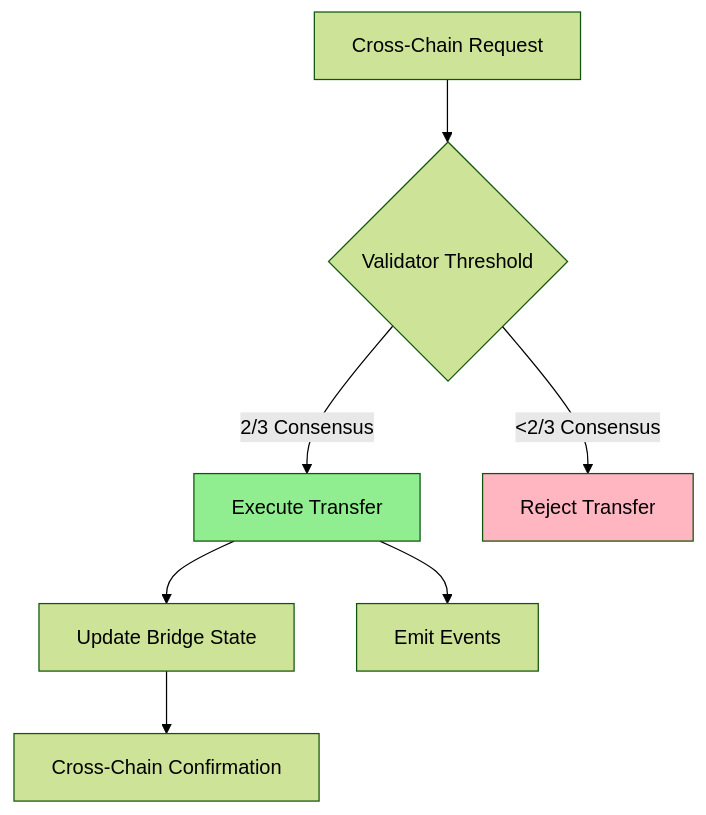
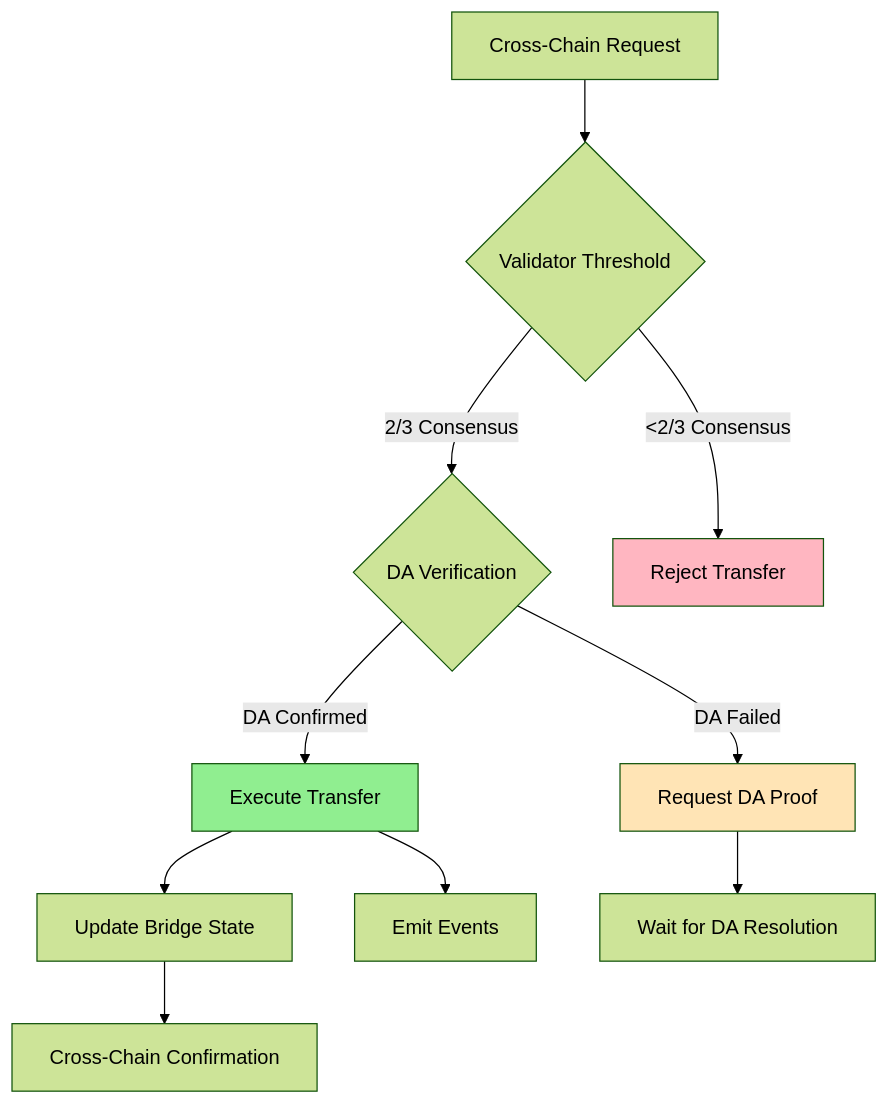
Before and after one commit to QoraNet/.github: the tenth of 12 diagrams in profile/README.md, drawn with Mermaid (forest theme). The commit also changed other lines of this file, not shown here.

````diff
--- a/profile/README.md
+++ b/profile/README.md
@@ -202,12 +294,16 @@
 ```mermaid
 graph TB
     A[Cross-Chain Request] --> B{Validator Threshold}
-    B -->|2/3 Consensus| C[Execute Transfer]
+    B -->|2/3 Consensus| C{DA Verification}
     B -->|<2/3 Consensus| D[Reject Transfer]
-    C --> E[Update Bridge State]
-    C --> F[Emit Events]
-    E --> G[Cross-Chain Confirmation]
+    C -->|DA Confirmed| E[Execute Transfer]
+    C -->|DA Failed| F[Request DA Proof]
+    E --> G[Update Bridge State]
+    E --> H[Emit Events]
+    F --> I[Wait for DA Resolution]
+    G --> J[Cross-Chain Confirmation]
     
-    style C fill:#90EE90
+    style E fill:#90EE90
     style D fill:#FFB6C1
+    style F fill:#FFE4B5
 ```
````
